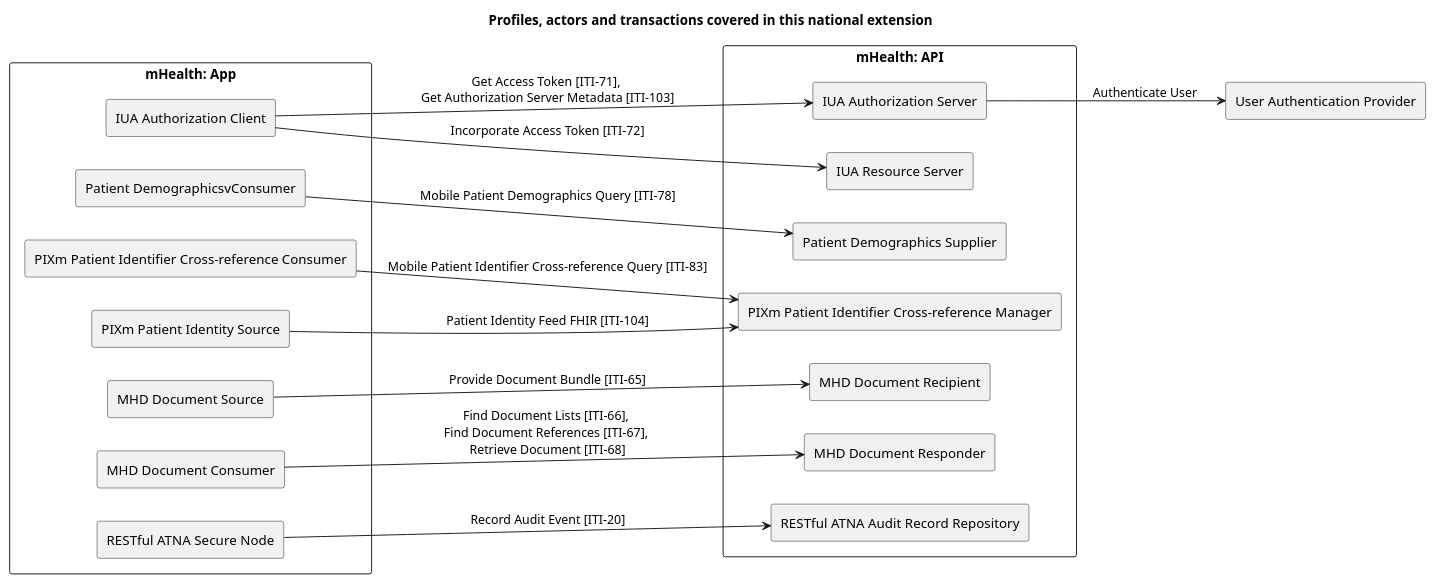
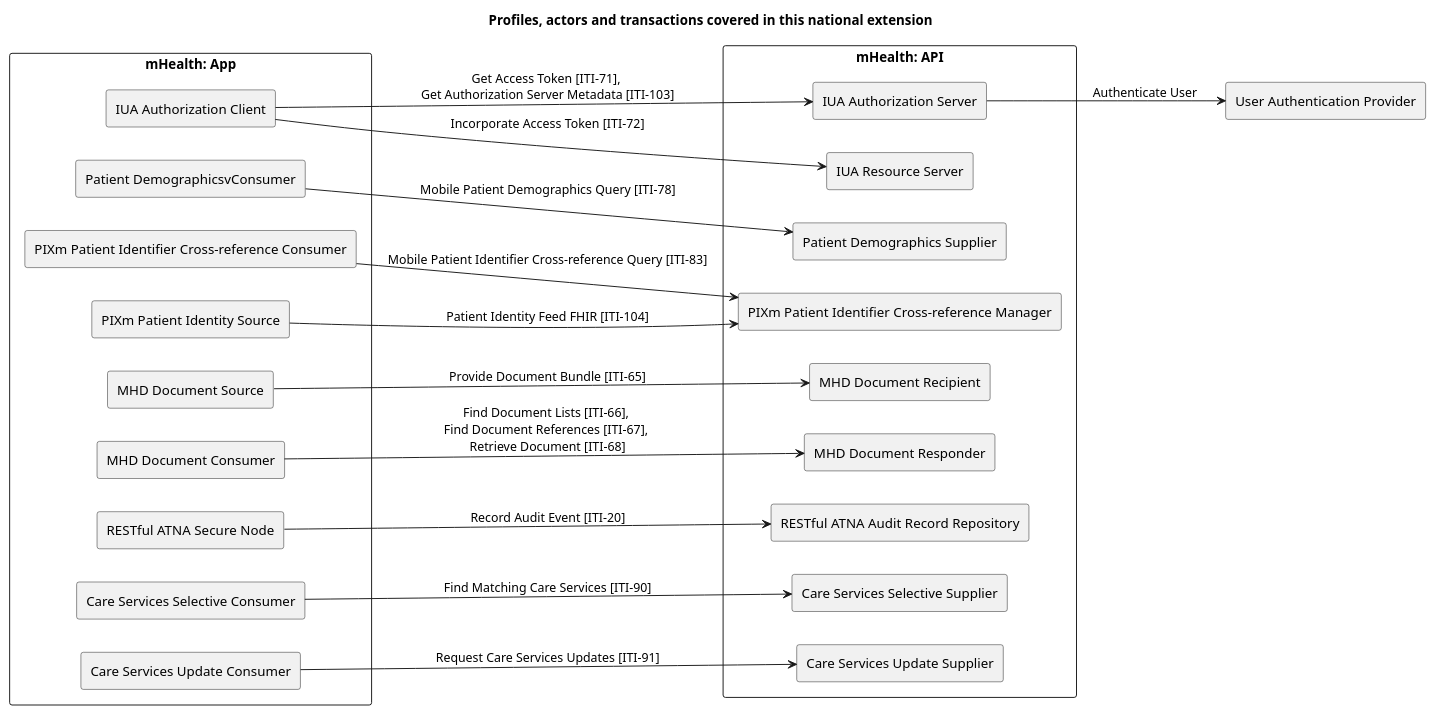
Before and after one commit to ehealthsuisse/ch-epr-fhir: the diagram in input/images-source/overview.plantuml, drawn with PlantUML. The commit also changed 6 other files, not shown here.

```diff
--- a/input/images-source/overview.plantuml
+++ b/input/images-source/overview.plantuml
@@ -1,50 +1,58 @@
 @startuml
 
 title **Profiles, actors and transactions covered in this national extension**
 
 skinparam componentStyle rectangle
 skinparam svgDimensionStyle false
 
 left to right direction
 
 component "mHealth: App" {
   [IUA Authorization Client] as IUAClient
 
   [Patient DemographicsvConsumer] as PDQmConsumer
 
   [PIXm Patient Identifier Cross-reference Consumer] as PIXmConsumer
   [PIXm Patient Identity Source] as PIXmSource
 
   [MHD Document Source] as MHDSource
   [MHD Document Consumer] as MHDConsumer
 
   [RESTful ATNA Secure Node] as ATNANode
+
+  [Care Services Selective Consumer] as mCSDSelectiveConsumer
+  [Care Services Update Consumer] as mCSDUpdateConsumer
 }
 
 component "mHealth: API" {
   [IUA Authorization Server] as IUAAuthServer
   IUAClient -> IUAAuthServer : Get Access Token [ITI-71], \nGet Authorization Server Metadata [ITI-103]
   [IUA Resource Server] as IUAResourceServer
   IUAClient --> IUAResourceServer : Incorporate Access Token [ITI-72]
 
   [Patient Demographics Supplier] as PDQmSupplier
   PDQmConsumer --> PDQmSupplier : Mobile Patient Demographics Query [ITI-78]
 
   [PIXm Patient Identifier Cross-reference Manager] as PIXmManager
   PIXmConsumer --> PIXmManager : Mobile Patient Identifier Cross-reference Query [ITI-83]
   PIXmSource --> PIXmManager : Patient Identity Feed FHIR [ITI-104]
 
   [MHD Document Recipient] as MHDRecipient
   MHDSource --> MHDRecipient : Provide Document Bundle [ITI-65]
 
   [MHD Document Responder] as MHDResponder
   MHDConsumer --> MHDResponder : Find Document Lists [ITI-66], \nFind Document References [ITI-67], \nRetrieve Document [ITI-68] 
 
   [RESTful ATNA Audit Record Repository] as ATNARepository
   ATNANode --> ATNARepository : Record Audit Event [ITI-20]
+
+  [Care Services Selective Supplier] as mCSDSelectiveSupplier
+  [Care Services Update Supplier] as mCSDUpdateSupplier
+  mCSDSelectiveConsumer --> mCSDSelectiveSupplier : Find Matching Care Services [ITI-90]
+  mCSDUpdateConsumer --> mCSDUpdateSupplier : Request Care Services Updates [ITI-91]
 }
 
 [User Authentication Provider] as UAProvider
 IUAAuthServer --> UAProvider : Authenticate User
 
 @enduml
```
